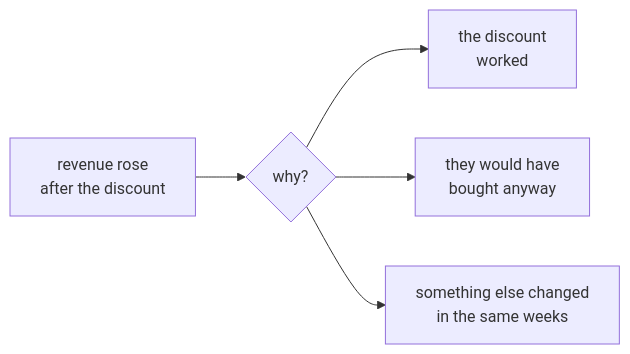
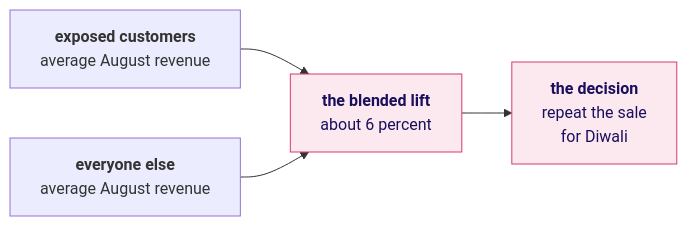
One commit to fde-academy-lab/c2-content-factory changed the third of 12 diagrams in content/W01/D4/slides/C2_W01_D04_half2_STUDENT.md. Above: the diagram before and after it, drawn with Mermaid. The commit also changed other lines of this file and 26 other files, not shown here.

````diff
--- a/content/W01/D4/slides/C2_W01_D04_half2_STUDENT.md
+++ b/content/W01/D4/slides/C2_W01_D04_half2_STUDENT.md
@@ -25,7 +107,8 @@
 ```mermaid
 flowchart LR
-    A["revenue rose<br/>after the discount"] --> B{"why?"}
-    B --> C["the discount<br/>worked"]
-    B --> D["they would have<br/>bought anyway"]
-    B --> E["something else changed<br/>in the same weeks"]
+    A["<b>exposed customers</b><br/>average August revenue"] --> L["<b>the blended lift</b><br/>about 6 percent"]
+    B["<b>everyone else</b><br/>average August revenue"] --> L
+    L --> D["<b>the decision</b><br/>repeat the sale<br/>for Diwali"]
+    classDef bad fill:#FBE9EF,stroke:#D63A6A,color:#1A0F5C
+    class L,D bad
 ```
````
